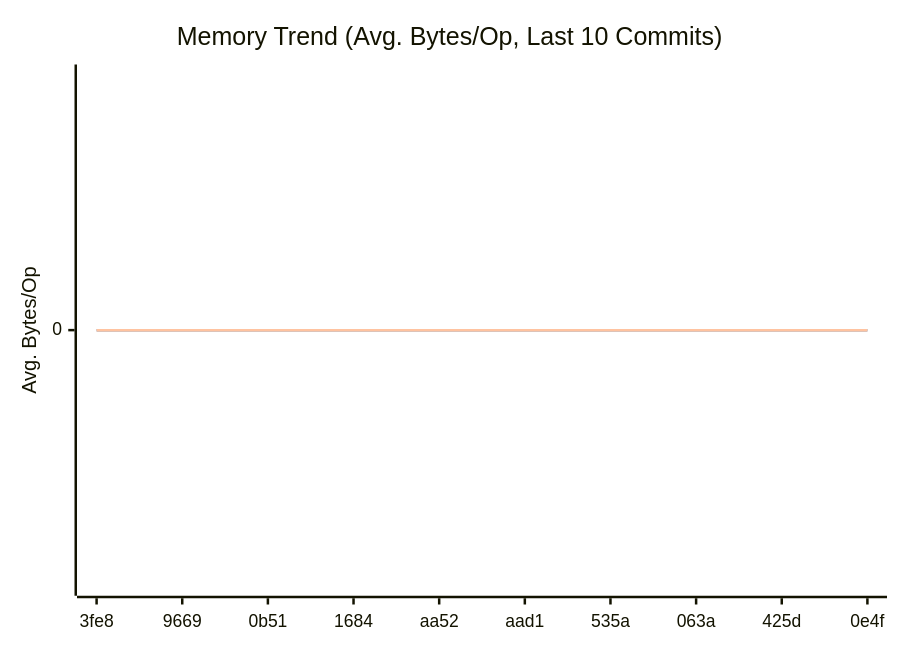
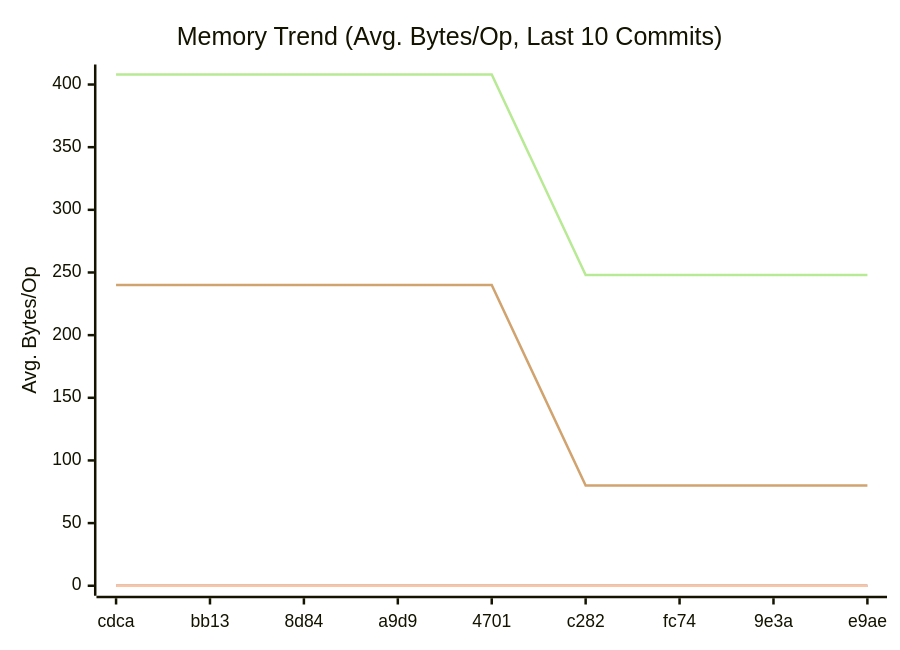
One commit to alsotoes/momo changed the second of 3 diagrams in doc/README.md. Above: the diagram before and after it, drawn with Mermaid. The commit also changed other lines of this file and 1 other file, not shown here.

````diff
--- a/doc/README.md
+++ b/doc/README.md
@@ -301,10 +316,13 @@
 ```mermaid
 xychart-beta
     title "Memory Trend (Avg. Bytes/Op, Last 10 Commits)"
     x-axis "Commit"
     y-axis "Avg. Bytes/Op"
-    x-axis [3fe8,9669,0b51,1684,aa52,aad1,535a,063a,425d,0e4f]
+    x-axis [cdca,bb13,8d84,a9d9,4701,c282,fc74,9e3a,e9ae]
     line "CheckMetricsAndSwap" [0,0,0,0,0,0,0,0,0,0]
     line "IndexDirectTracking" [0,0,0,0,0,0,0,0,0,0]
     line "IndexSearch" [0,0,0,0,0,0,0,0,0,0]
+    line "PadString" [128]
+    line "ParseReplicationOrder_NoPrealloc" [408,408,408,408,408,248,248,248,248,248]
+    line "ParseReplicationOrder_Prealloc" [240,240,240,240,240,80,80,80,80,80]
 ```
````
